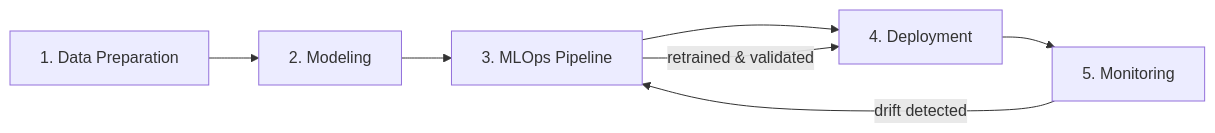
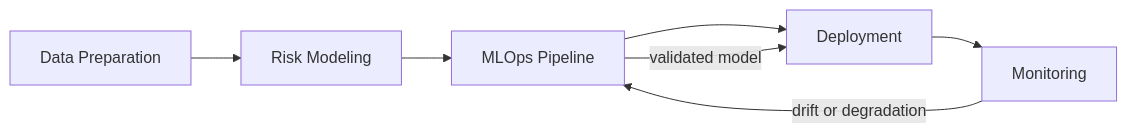
Before and after one commit to Eymeee/adaptive-p2p-risk: the diagram in README.md, drawn with Mermaid. The commit also changed other lines of this file and 1 other file, not shown here.

````diff
--- a/README.md
+++ b/README.md
@@ -46,9 +34,9 @@
 ```mermaid
 flowchart LR
-    A[1. Data Preparation] --> B[2. Modeling]
-    B --> C[3. MLOps Pipeline]
-    C --> D[4. Deployment]
-    D --> E[5. Monitoring]
-    E -- drift detected --> C
-    C -- retrained & validated --> D
+    A[Data Preparation] --> B[Risk Modeling]
+    B --> C[MLOps Pipeline]
+    C --> D[Deployment]
+    D --> E[Monitoring]
+    E -- drift or degradation --> C
+    C -- validated model --> D
 ```
````
